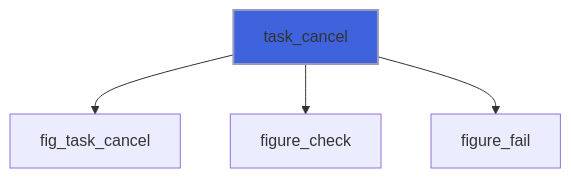
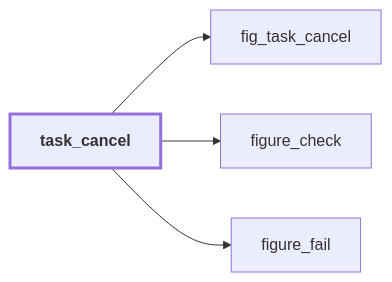
One commit to szaghi/figure changed the sixth of 12 diagrams in docs/api/src/lib/figure_task.md. Above: the diagram before and after it, drawn with Mermaid. The commit also changed other lines of this file and 54 other files, not shown here.

````diff
--- a/docs/api/src/lib/figure_task.md
+++ b/docs/api/src/lib/figure_task.md
@@ -251,7 +265,11 @@
 ```mermaid
-flowchart TD
+flowchart LR
   task_cancel["task_cancel"] --> fig_task_cancel["fig_task_cancel"]
   task_cancel["task_cancel"] --> figure_check["figure_check"]
   task_cancel["task_cancel"] --> figure_fail["figure_fail"]
-  style task_cancel fill:#3e63dd,stroke:#99b,stroke-width:2px
+  classDef focus stroke-width:3px,font-weight:bold
+  class task_cancel focus
+  click figure_fail href "figure_base.html#figure-fail" "figure_fail"
+  click figure_check href "figure_base.html#figure-check" "figure_check"
+  click fig_task_cancel href "figure_c_native.html#fig-task-cancel" "fig_task_cancel"
 ```
````
